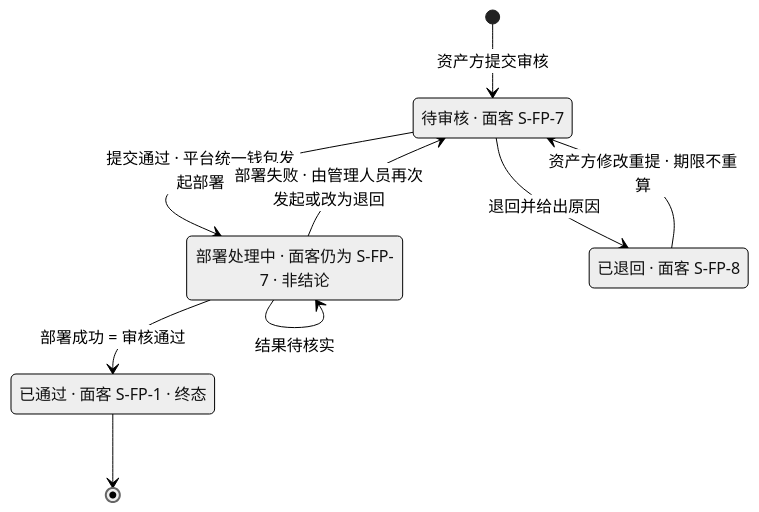
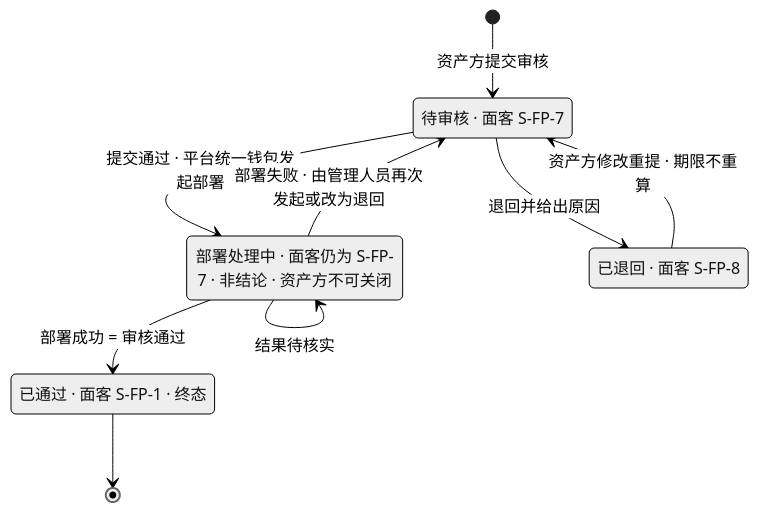
One commit to wxblockchain/Chain-Financing changed the fourth of 5 diagrams in lending-platform/PRD/运营端/04-运营端项目合约管理/02-运营端项目合约管理-流程图与状态机.md. Above: the diagram before and after it, drawn with Mermaid (neutral theme). The commit also changed other lines of this file and 4 other files, not shown here.

````diff
--- a/lending-platform/PRD/运营端/04-运营端项目合约管理/02-运营端项目合约管理-流程图与状态机.md
+++ b/lending-platform/PRD/运营端/04-运营端项目合约管理/02-运营端项目合约管理-流程图与状态机.md
@@ -86,15 +86,15 @@
 ```mermaid
 stateDiagram-v2
   PENDING: 待审核 · 面客 S-FP-7
-  DEPLOYING: 部署处理中 · 面客仍为 S-FP-7 · 非结论
+  DEPLOYING: 部署处理中 · 面客仍为 S-FP-7 · 非结论 · 资产方不可关闭
   APPROVED: 已通过 · 面客 S-FP-1 · 终态
   RETURNED: 已退回 · 面客 S-FP-8
   [*] --> PENDING: 资产方提交审核
   PENDING --> DEPLOYING: 提交通过 · 平台统一钱包发起部署
   DEPLOYING --> APPROVED: 部署成功 = 审核通过
   DEPLOYING --> PENDING: 部署失败 · 由管理人员再次发起或改为退回
   DEPLOYING --> DEPLOYING: 结果待核实
   PENDING --> RETURNED: 退回并给出原因
   RETURNED --> PENDING: 资产方修改重提 · 期限不重算
   APPROVED --> [*]
 ```
````
